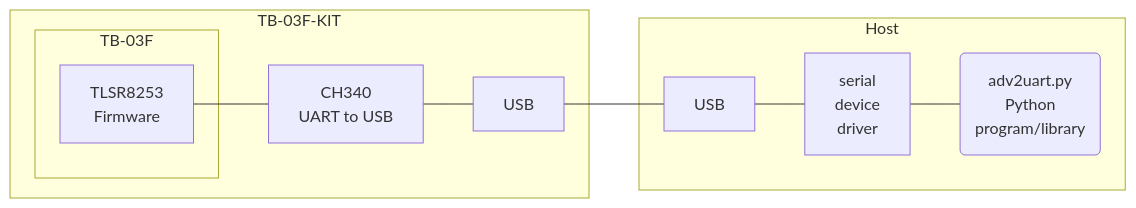
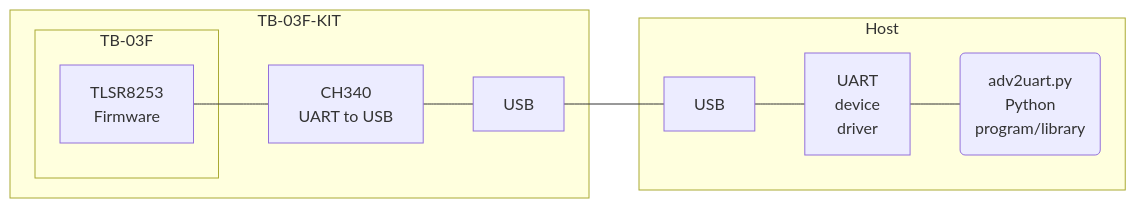
One commit to pvvx/ADV_BLE2UART changed the first of 2 diagrams in README.md. Above: the diagram before and after it, drawn with Mermaid. The commit also changed other lines of this file and 1 other file, not shown here.

First line of the commit message:
Fix adv2uart.py freeze if the device is slow in interpreting commands (#19)

````diff
--- a/README.md
+++ b/README.md
@@ -5,22 +5,22 @@
 ```mermaid
 %%{init: {"flowchart": {"htmlLabels": false}} }%%
 flowchart LR;
 
 subgraph TLSR825x["TB-03F-KIT"]
 subgraph TB-03F
 Firmware["TLSR8253\nFirmware"]
 end
 
 CH340["CH340\nUART to USB"]
 USBD["USB"]
 end
 
 subgraph Host
 USBH["USB"]
-UART["serial\ndevice\ndriver"]
+UART["UART\ndevice\ndriver"]
 adv2uart("adv2uart.py\nPython\nprogram/library")
 end
 
 
 Firmware --- CH340 --- USBD --- USBH --- UART --- adv2uart
 ```
````
